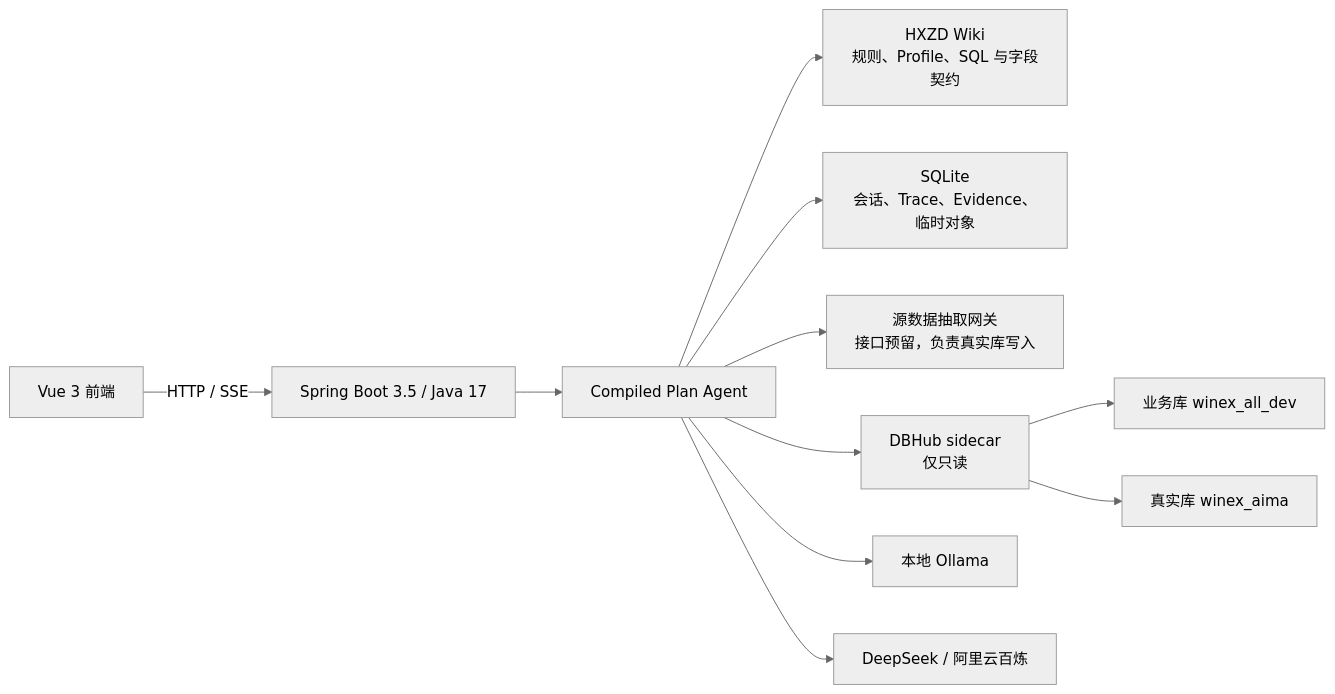
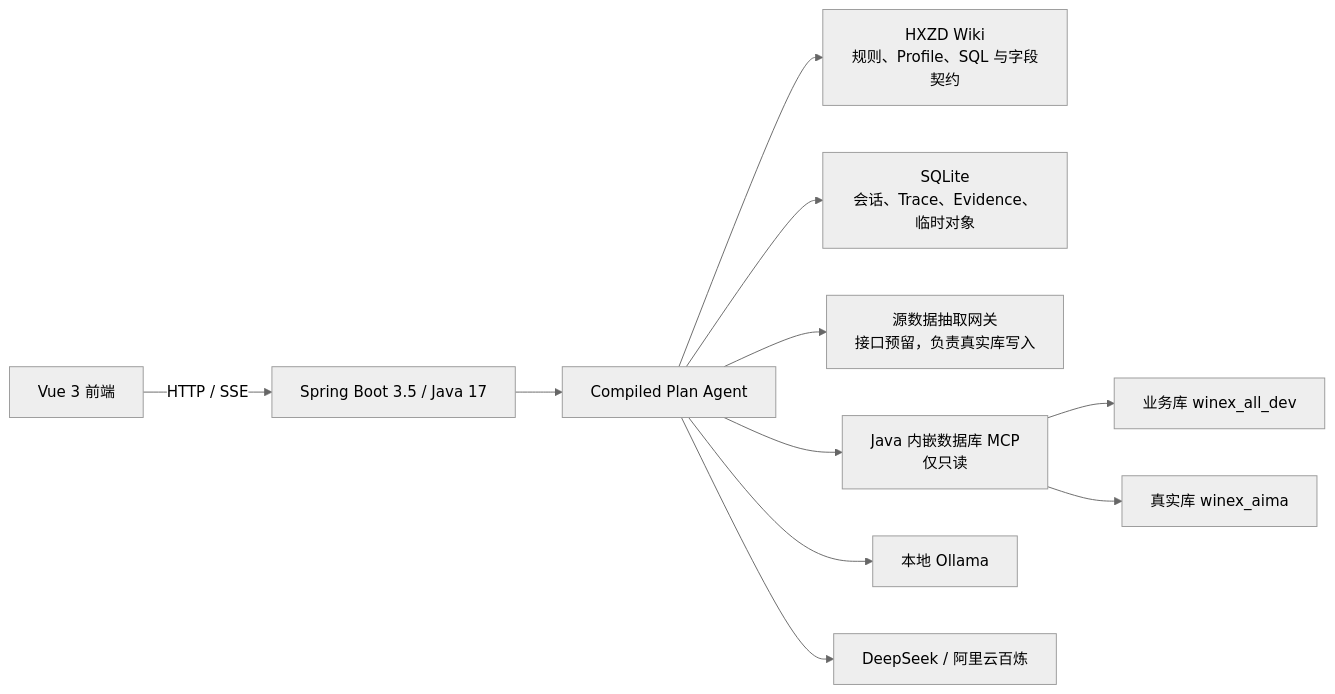
Before and after one commit to KK456701/wiki-project: the first of 2 diagrams in docs/architecture/agent-runtime-current.md, drawn with Mermaid (neutral theme). The commit also changed other lines of this file and 5 other files, not shown here.

````diff
--- a/docs/architecture/agent-runtime-current.md
+++ b/docs/architecture/agent-runtime-current.md
@@ -7,13 +7,13 @@
 ```mermaid
 flowchart LR
     UI["Vue 3 前端"] -->|"HTTP / SSE"| API["Spring Boot 3.5 / Java 17"]
     API --> AGENT["Compiled Plan Agent"]
     AGENT --> WIKI["HXZD Wiki<br/>规则、Profile、SQL 与字段契约"]
     AGENT --> SQLITE["SQLite<br/>会话、Trace、Evidence、临时对象"]
     AGENT --> EXTRACT["源数据抽取网关<br/>接口预留，负责真实库写入"]
-    AGENT --> DBHUB["DBHub sidecar<br/>仅只读"]
+    AGENT --> DBHUB["Java 内嵌数据库 MCP<br/>仅只读"]
     DBHUB --> BUSINESS["业务库 winex_all_dev"]
     DBHUB --> REAL["真实库 winex_aima"]
     AGENT --> OLLAMA["本地 Ollama"]
     AGENT --> ONLINE["DeepSeek / 阿里云百炼"]
 ```
````
